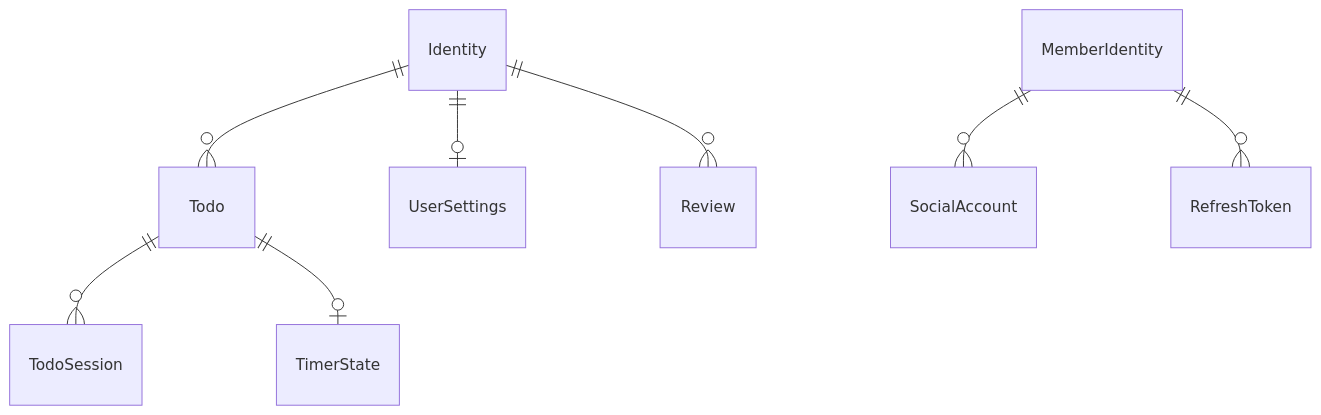
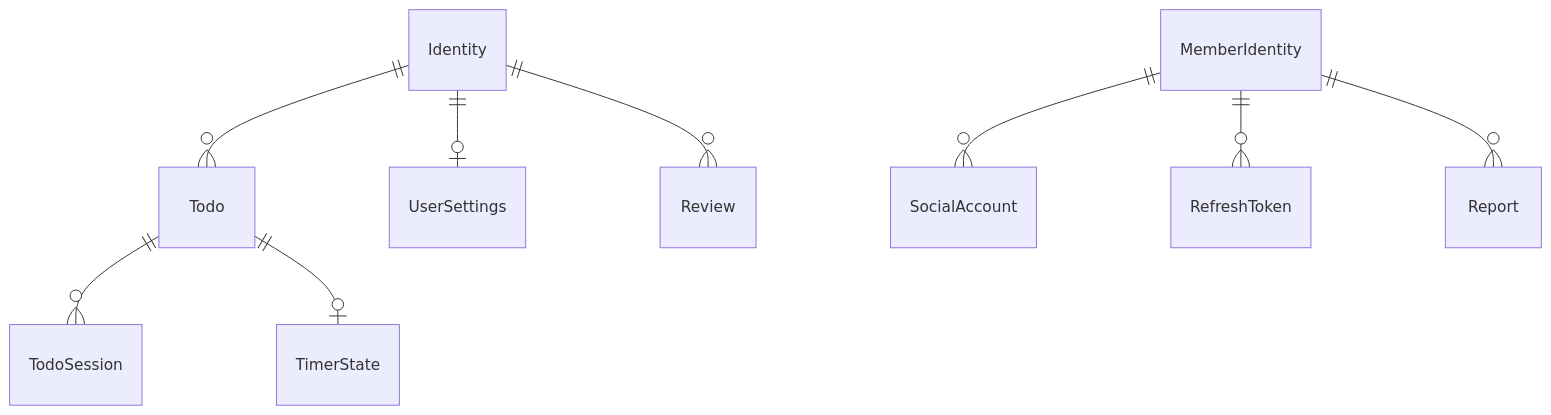
Before and after one commit to g1ennk/FlowMate: the first of 2 diagrams in docs/data-model.md, drawn with Mermaid. The commit also changed other lines of this file and 3 other files, not shown here.

````diff
--- a/docs/data-model.md
+++ b/docs/data-model.md
@@ -57,10 +60,11 @@
 ```mermaid
 erDiagram
     Identity ||--o{ Todo: ""
     Identity ||--o| UserSettings: ""
     Identity ||--o{ Review: ""
     Todo ||--o{ TodoSession: ""
     Todo ||--o| TimerState: ""
     MemberIdentity ||--o{ SocialAccount: ""
     MemberIdentity ||--o{ RefreshToken: ""
+    MemberIdentity ||--o{ Report: ""
 ```
````
